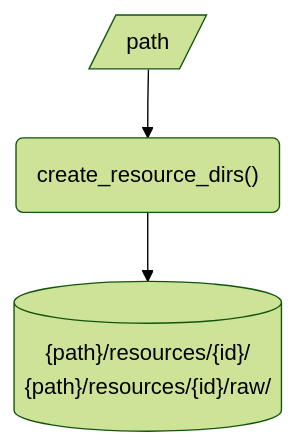
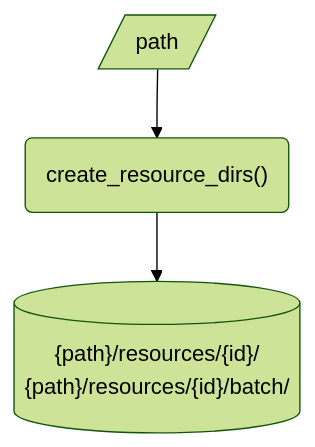
The fourth of 11 diagrams in docs/design/interface/functions.qmd (signekb/seedcase-sprout), drawn with Mermaid (forest theme) before and after one commit. The commit also changed other lines of this file and 5 other files, not shown here.

First line of the commit message:
docs: :memo: revise from `raw` to `batch` in design docs (#1142)

````diff
--- a/docs/design/interface/functions.qmd
+++ b/docs/design/interface/functions.qmd
@@ -121,8 +121,8 @@
 ```{mermaid}
 flowchart
     in_path[/path/]
     function("create_resource_dirs()")
-    out[("{path}/resources/{id}/<br>{path}/resources/{id}/raw/")]
+    out[("{path}/resources/{id}/<br>{path}/resources/{id}/batch/")]
     in_path --> function
     function --> out
 ```
````
